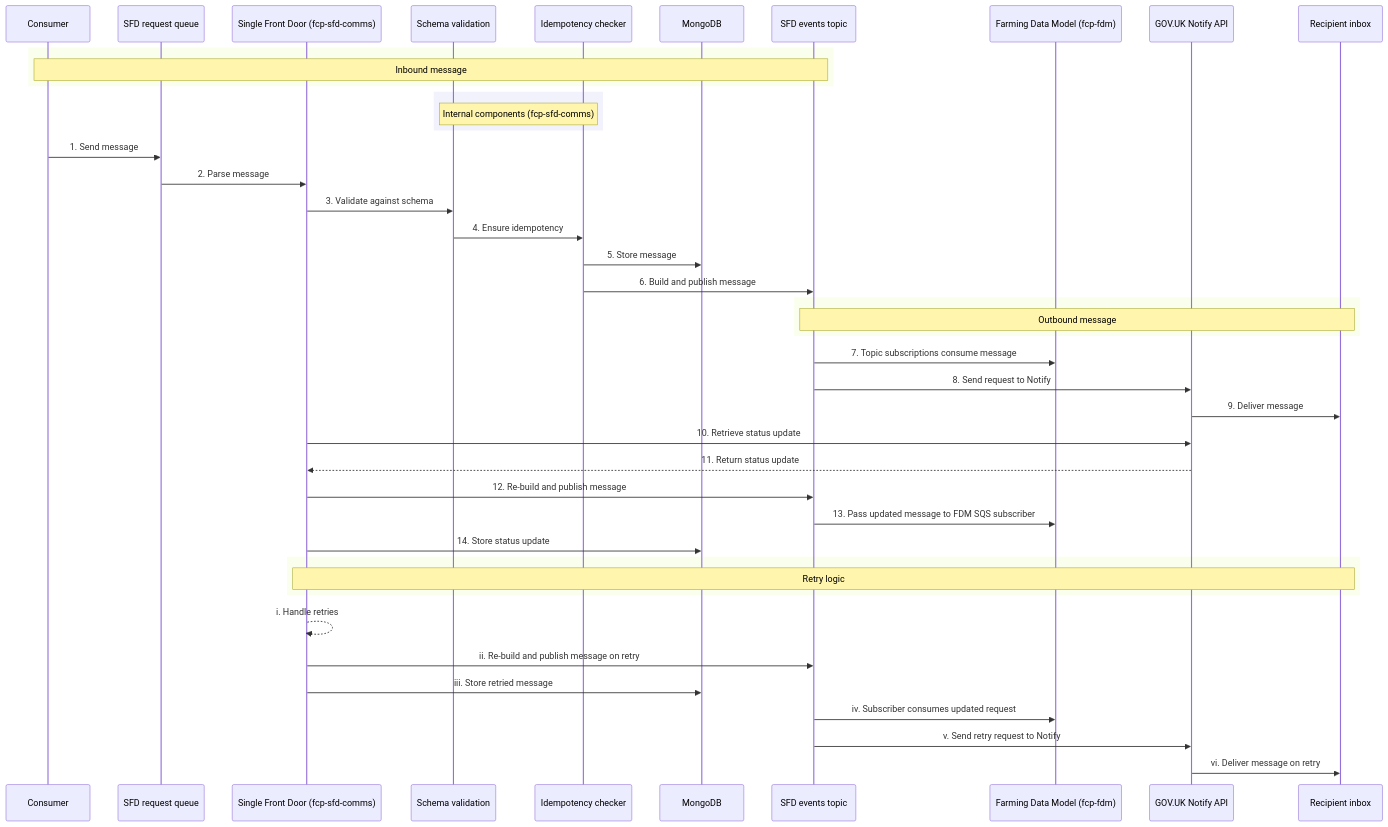
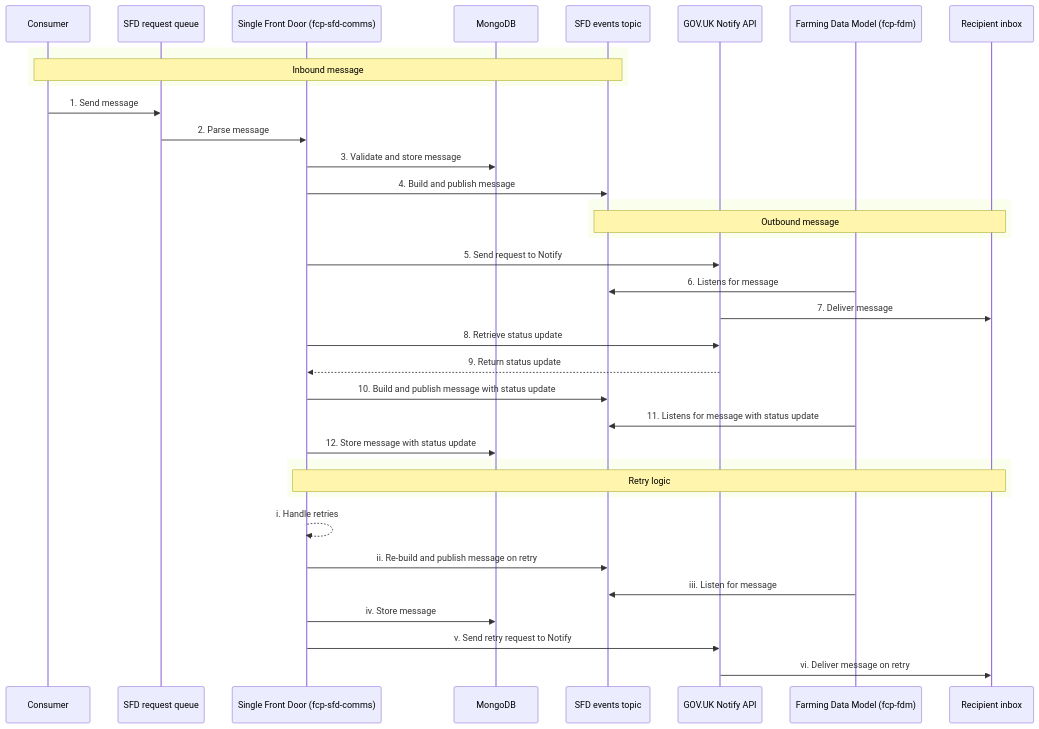
Before and after one commit to DEFRA/fcp-sfd-comms: the first of 2 diagrams in README.md, drawn with Mermaid. The commit also changed other lines of this file, not shown here.

Commit message:
update diagrams and stages

````diff
--- a/README.md
+++ b/README.md
@@ -21,54 +21,45 @@
 ```mermaid
 sequenceDiagram
     participant CONSUMER as Consumer
     participant SQS as SFD request queue
     participant SFD as Single Front Door (fcp-sfd-comms)
-    participant VALIDATOR as Schema validation
-    participant IDEMPOTENCY_CHECKER as Idempotency checker
     participant MONGO as MongoDB
     participant SNS as SFD events topic
+    participant NOTIFY as GOV.UK Notify API
     participant FDM as Farming Data Model (fcp-fdm)
-    participant NOTIFY as GOV.UK Notify API
     participant RECIPIENT as Recipient inbox
 
     rect
         note over CONSUMER,SNS: Inbound message
     end
 
-    rect rgba(230, 230, 250, 0.5)
-        note over VALIDATOR,IDEMPOTENCY_CHECKER: Internal components (fcp-sfd-comms)
-    end
-
-
     CONSUMER->>SQS: 1. Send message
     SQS->>SFD: 2. Parse message
-    SFD->>VALIDATOR: 3. Validate against schema
-    VALIDATOR->>IDEMPOTENCY_CHECKER: 4. Ensure idempotency
-    IDEMPOTENCY_CHECKER->>MONGO: 5. Store message
-    IDEMPOTENCY_CHECKER->>SNS: 6. Build and publish message
+    SFD->>MONGO: 3. Validate and store message
+    SFD->>SNS: 4. Build and publish message
 
     rect
         note over SNS,RECIPIENT: Outbound message
     end
 
-    SNS->>FDM: 7. Topic subscriptions consume message
-    SNS->>NOTIFY: 8. Send request to Notify
-    NOTIFY->>RECIPIENT: 9. Deliver message
+    SFD->>NOTIFY: 5. Send request to Notify
+    FDM->>SNS: 6. Listens for message
+    NOTIFY->>RECIPIENT: 7. Deliver message
 
-    SFD->>NOTIFY: 10. Retrieve status update
-    NOTIFY-->>SFD: 11. Return status update
-    SFD->>SNS: 12. Re-build and publish message
-    SNS->>FDM: 13. Pass updated message to FDM SQS subscriber
-    SFD->>MONGO: 14. Store status update
+    SFD->>NOTIFY: 8. Retrieve status update
+    NOTIFY-->>SFD: 9. Return status update
+    SFD->>SNS: 10. Build and publish message with status update
+    FDM->>SNS: 11. Listens for message with status update
+    SFD->>MONGO: 12. Store message with status update
 
     rect
         note over SFD,RECIPIENT: Retry logic
     end
 
     SFD-->>SFD: i. Handle retries
     SFD->>SNS: ii. Re-build and publish message on retry
-    SFD->>MONGO: iii. Store retried message
-    SNS->>FDM: iv. Subscriber consumes updated request
-    SNS->>NOTIFY: v. Send retry request to Notify
+    FDM->>SNS: iii. Listen for message
+    SFD->>MONGO: iv. Store message
+    SFD->>NOTIFY: v. Send retry request to Notify
     NOTIFY->>RECIPIENT: vi. Deliver message on retry
 ```
````
